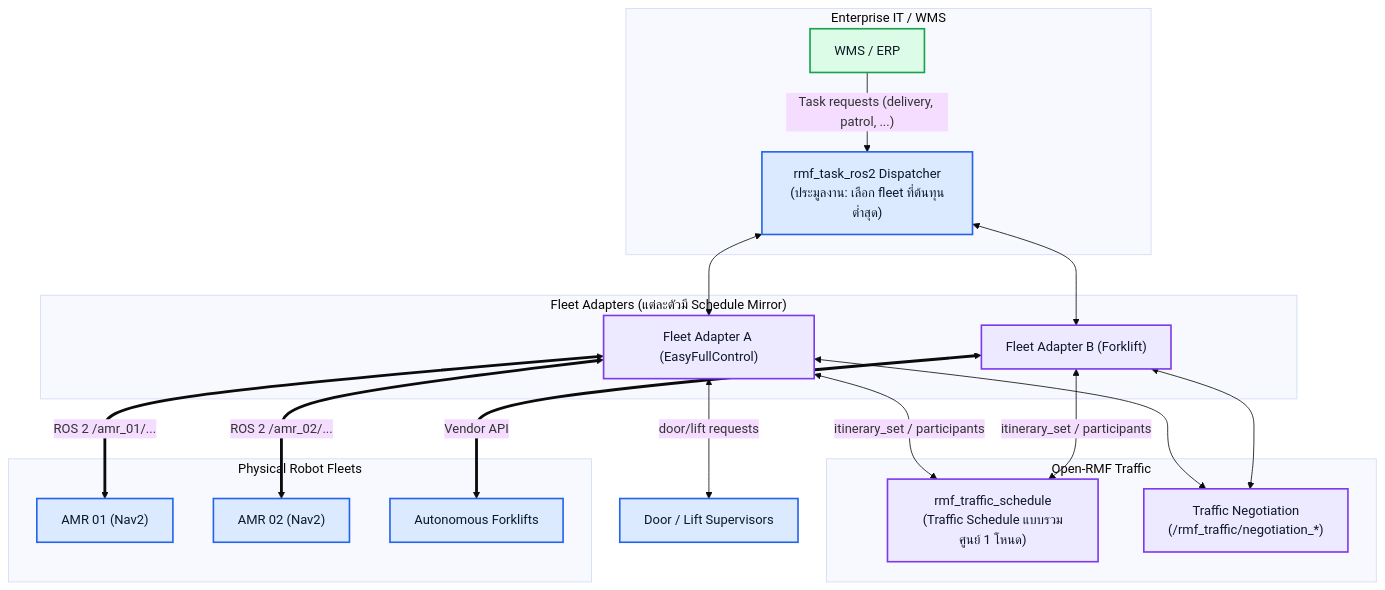
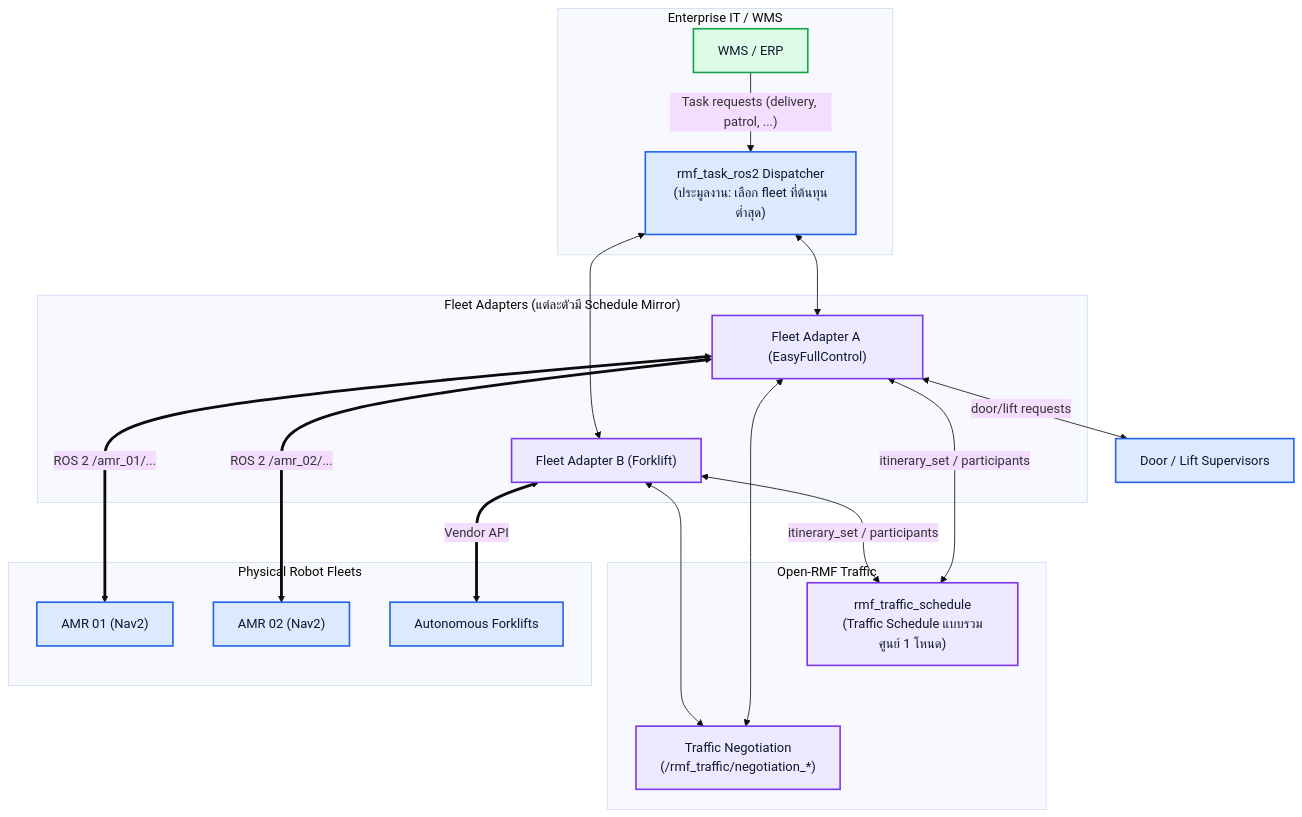
Before and after one commit to alfaXphoori/ros2: the diagram in docs/diagrams/src/advanced-m04-01.mmd, drawn with Mermaid (base theme). The commit also changed 57 other files, not shown here.

Commit message:
docs(diagrams): stack wide flowcharts vertically for crisp readability on GitHub

```diff
--- a/docs/diagrams/src/advanced-m04-01.mmd
+++ b/docs/diagrams/src/advanced-m04-01.mmd
@@ -1,41 +1,43 @@
 flowchart TD
     subgraph Enterprise_Layer ["Enterprise IT / WMS"]
         WMS["WMS / ERP"] -->|"Task requests (delivery, patrol, ...)"| Dispatcher["rmf_task_ros2 Dispatcher<br>(ประมูลงาน: เลือก fleet ที่ต้นทุนต่ำสุด)"]
     end
 
     subgraph RMF_Core ["Open-RMF Traffic"]
         Schedule["rmf_traffic_schedule<br>(Traffic Schedule แบบรวมศูนย์ 1 โหนด)"]
+        Schedule ~~~ Negotiation
         Negotiation["Traffic Negotiation<br>(/rmf_traffic/negotiation_*)"]
     end
 
     subgraph Fleet_Adapters ["Fleet Adapters (แต่ละตัวมี Schedule Mirror)"]
         AdapterA["Fleet Adapter A (EasyFullControl)"]
+        AdapterA ~~~ AdapterB
         AdapterB["Fleet Adapter B (Forklift)"]
     end
 
     Building["Door / Lift Supervisors"]
 
     Dispatcher <--> AdapterA
     Dispatcher <--> AdapterB
     AdapterA <-->|"itinerary_set / participants"| Schedule
     AdapterB <-->|"itinerary_set / participants"| Schedule
     AdapterA <--> Negotiation
     AdapterB <--> Negotiation
     AdapterA <-->|"door/lift requests"| Building
 
     subgraph Physical_Fleets ["Physical Robot Fleets"]
         AdapterA <==>|"ROS 2 /amr_01/..."| AMR1["AMR 01 (Nav2)"]
         AdapterA <==>|"ROS 2 /amr_02/..."| AMR2["AMR 02 (Nav2)"]
         AdapterB <==>|"Vendor API"| Forklifts["Autonomous Forklifts"]
     end
 
     classDef node fill:#dbeafe,stroke:#2563eb,stroke-width:2px,color:#0f172a
     classDef sim fill:#dcfce7,stroke:#16a34a,stroke-width:2px,color:#0f172a
     classDef hw fill:#fef3c7,stroke:#d97706,stroke-width:2px,color:#0f172a
     classDef sec fill:#ffe4e6,stroke:#e11d48,stroke-width:2px,color:#0f172a
     classDef bt fill:#ede9fe,stroke:#7c3aed,stroke-width:2px,color:#0f172a
     classDef tool fill:#ffedd5,stroke:#ea580c,stroke-width:2px,color:#0f172a
     classDef cfg fill:#f1f5f9,stroke:#64748b,stroke-width:2px,color:#0f172a
     class Building node
     class WMS sim
     class Schedule,Negotiation,AdapterA,AdapterB bt
```
